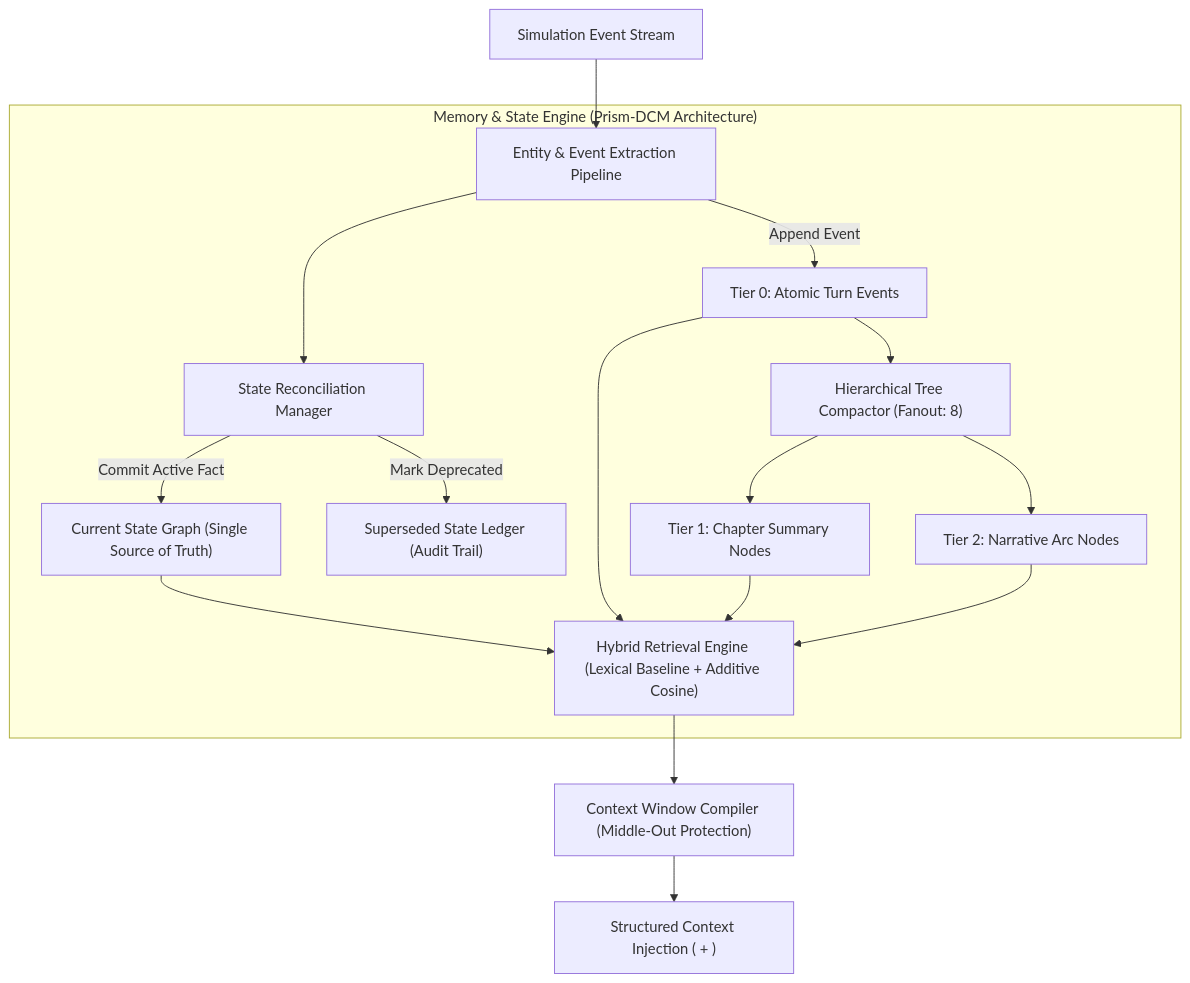
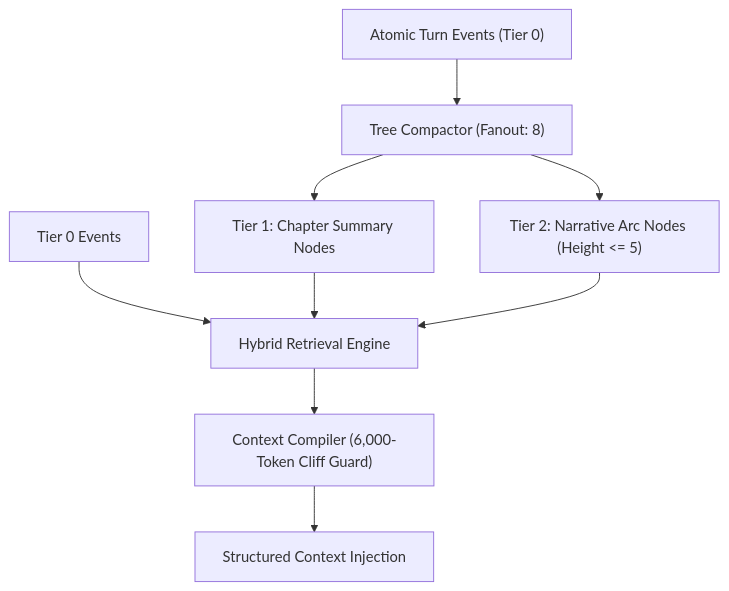
Before and after one commit to JooduG/RPGlitch: the first of 2 diagrams in ROADMAP.md, drawn with Mermaid. The commit also changed other lines of this file and 8 other files, not shown here.

````diff
--- a/ROADMAP.md
+++ b/ROADMAP.md
@@ -169,24 +73,11 @@
 ```mermaid
 flowchart TD
-    TurnLogs["Simulation Event Stream"] --> Extractor["Entity & Event Extraction Pipeline"]
-
-    subgraph MemoryEngine ["Memory & State Engine (Prism-DCM Architecture)"]
-        Extractor --> StateMachine["State Reconciliation Manager"]
-        StateMachine --> |"Commit Active Fact"| FactGraph["Current State Graph (Single Source of Truth)"]
-        StateMachine --> |"Mark Deprecated"| SupersededStore["Superseded State Ledger (Audit Trail)"]
-
-        Extractor --> |"Append Event"| Tier0["Tier 0: Atomic Turn Events"]
-        Tier0 --> Compactor["Hierarchical Tree Compactor (Fanout: 8)"]
-        Compactor --> Tier1["Tier 1: Chapter Summary Nodes"]
-        Compactor --> Tier2["Tier 2: Narrative Arc Nodes"]
-
-        HybridSearch["Hybrid Retrieval Engine (Lexical Baseline + Additive Cosine)"]
-        FactGraph --> HybridSearch
-        Tier0 --> HybridSearch
-        Tier1 --> HybridSearch
-        Tier2 --> HybridSearch
-    end
-
-    HybridSearch --> ContextBuilder["Context Window Compiler (Middle-Out Protection)"]
-    ContextBuilder --> PromptBuffer["Structured Context Injection (<CURRENT_STATE> + <HISTORICAL_CONTEXT>)"]
+    TurnLogs["Atomic Turn Events (Tier 0)"] --> Compactor["Tree Compactor (Fanout: 8)"]
+    Compactor --> Tier1["Tier 1: Chapter Summary Nodes"]
+    Compactor --> Tier2["Tier 2: Narrative Arc Nodes (Height <= 5)"]
+    Tier0["Tier 0 Events"] --> HybridSearch["Hybrid Retrieval Engine"]
+    Tier1 --> HybridSearch
+    Tier2 --> HybridSearch
+    HybridSearch --> ContextBuilder["Context Compiler (6,000-Token Cliff Guard)"]
+    ContextBuilder --> PromptBuffer["Structured Context Injection"]
 ```
````
